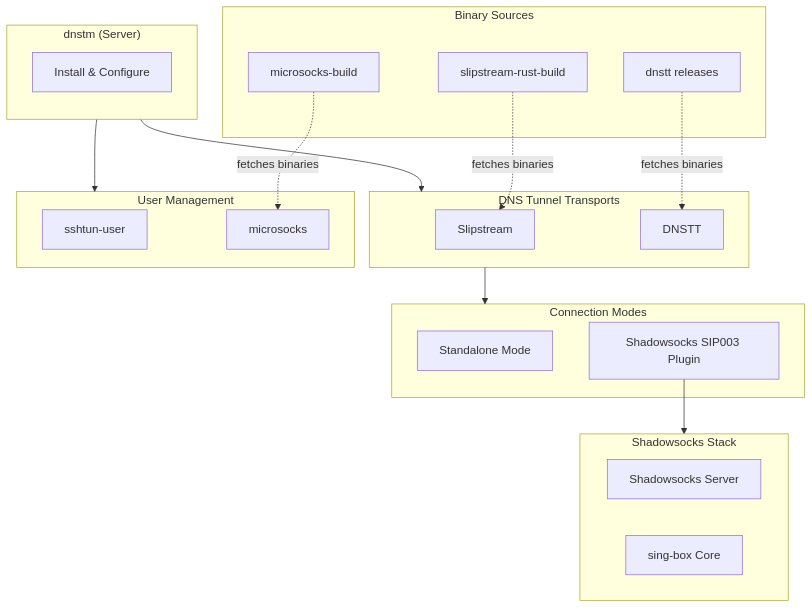
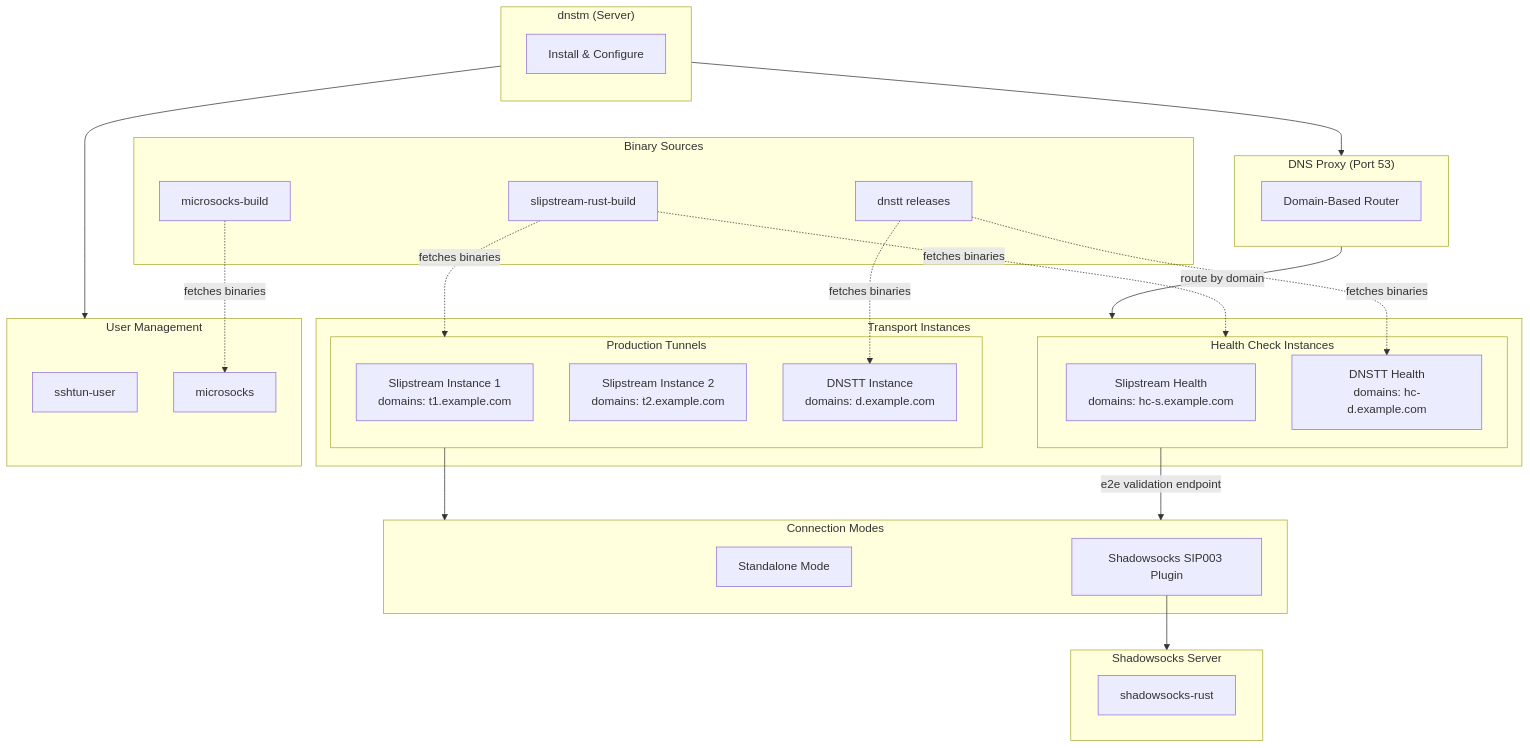
The first of 3 diagrams in profile/README.md (net2share/.github), drawn with Mermaid before and after one commit. The commit also changed other lines of this file, not shown here.

Commit message:
docs: add multi-instance routing, health checks, and update diagrams

````diff
--- a/profile/README.md
+++ b/profile/README.md
@@ -115,42 +122,56 @@
 ```mermaid
 flowchart TB
     subgraph dnstm["dnstm (Server)"]
         direction TB
         A[Install & Configure]
     end
 
-    subgraph transports["DNS Tunnel Transports"]
-        B[Slipstream]
-        C[DNSTT]
+    subgraph dns_proxy_server["DNS Proxy (Port 53)"]
+        P[Domain-Based Router]
+    end
+
+    subgraph transports["Transport Instances"]
+        subgraph prod["Production Tunnels"]
+            B1[Slipstream Instance 1<br/>domains: t1.example.com]
+            B2[Slipstream Instance 2<br/>domains: t2.example.com]
+            C1[DNSTT Instance<br/>domains: d.example.com]
+        end
+        subgraph health["Health Check Instances"]
+            H1[Slipstream Health<br/>domains: hc-s.example.com]
+            H2[DNSTT Health<br/>domains: hc-d.example.com]
+        end
     end
 
     subgraph modes["Connection Modes"]
         D[Standalone Mode]
         E[Shadowsocks SIP003 Plugin]
     end
 
-    subgraph shadowsocks["Shadowsocks Stack"]
-        F[Shadowsocks Server]
-        G[sing-box Core]
+    subgraph shadowsocks["Shadowsocks Server"]
+        F[shadowsocks-rust]
     end
 
     subgraph usermgmt["User Management"]
-        H[sshtun-user]
-        I[microsocks]
+        M[sshtun-user]
+        N[microsocks]
     end
 
     subgraph artifacts["Binary Sources"]
         J[slipstream-rust-build]
         K[dnstt releases]
         L[microsocks-build]
     end
 
-    dnstm --> transports
-    transports --> modes
+    dnstm --> dns_proxy_server
+    dns_proxy_server -->|route by domain| transports
+    prod --> modes
+    health -->|e2e validation endpoint| modes
     E --> shadowsocks
     dnstm --> usermgmt
 
-    J -.->|fetches binaries| B
-    K -.->|fetches binaries| C
-    L -.->|fetches binaries| I
+    J -.->|fetches binaries| prod
+    J -.->|fetches binaries| health
+    K -.->|fetches binaries| C1
+    K -.->|fetches binaries| H2
+    L -.->|fetches binaries| N
 ```
````
